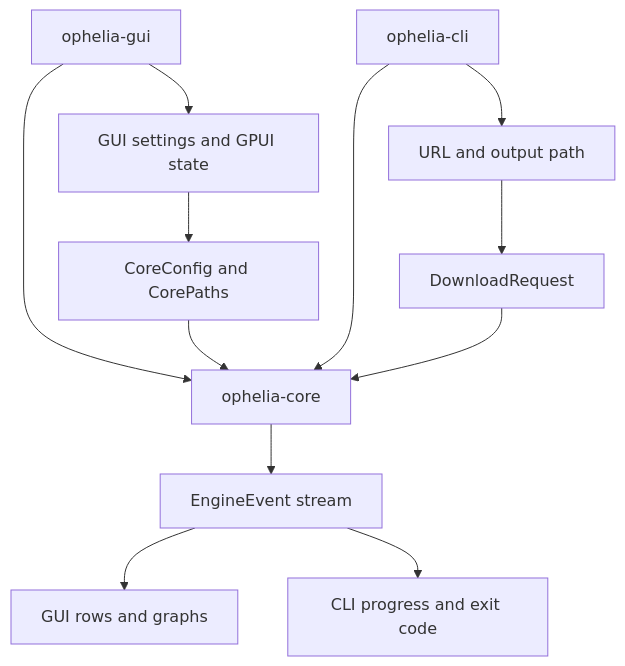
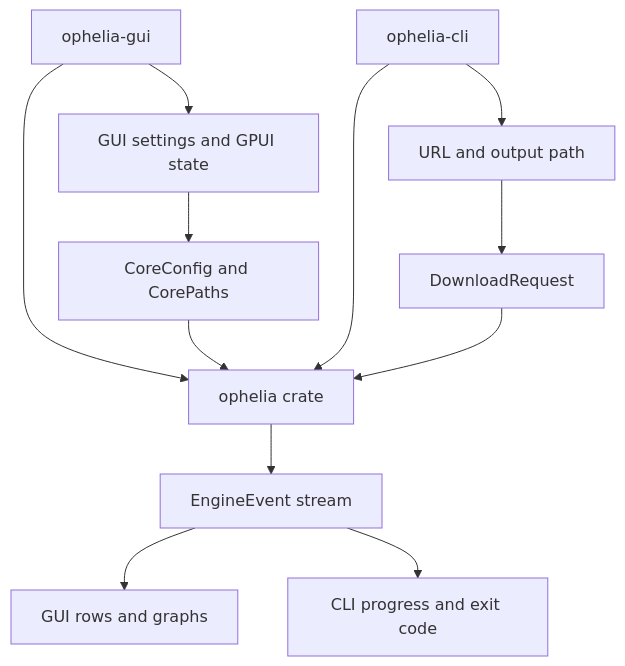
Before and after one commit to ophelianz/ophelia: the second of 9 diagrams in docs/core-diagrams.md, drawn with Mermaid. The commit also changed other lines of this file and 106 other files, not shown here.

Commit message:
refactor: extract core crate

````diff
--- a/docs/core-diagrams.md
+++ b/docs/core-diagrams.md
@@ -25,14 +21,14 @@
 ```mermaid
 graph TD
-  Gui["ophelia-gui"] --> Core["ophelia-core"]
+  Gui["ophelia-gui"] --> Core["ophelia crate"]
   Cli["ophelia-cli"] --> Core
   Gui --> GuiSettings["GUI settings and GPUI state"]
   GuiSettings --> CoreConfig["CoreConfig and CorePaths"]
   Cli --> CliArgs["URL and output path"]
   CliArgs --> DownloadRequest["DownloadRequest"]
   CoreConfig --> Core
   DownloadRequest --> Core
   Core --> EngineEvents["EngineEvent stream"]
   EngineEvents --> GuiRows["GUI rows and graphs"]
   EngineEvents --> CliOutput["CLI progress and exit code"]
 ```
````
